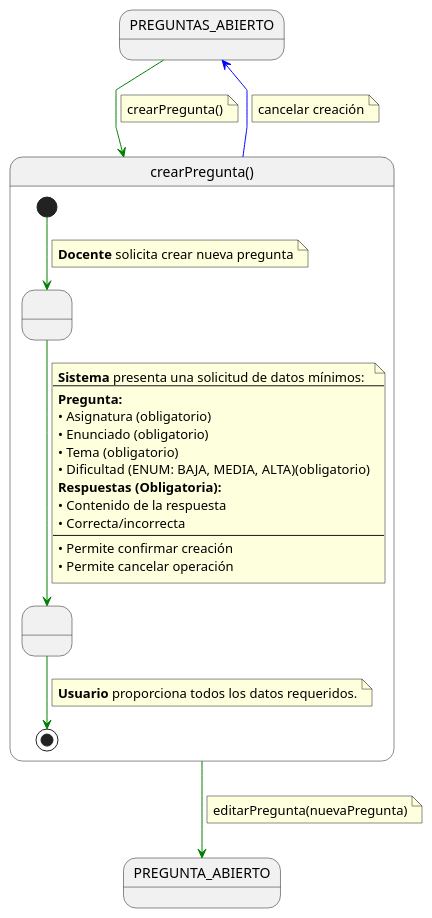
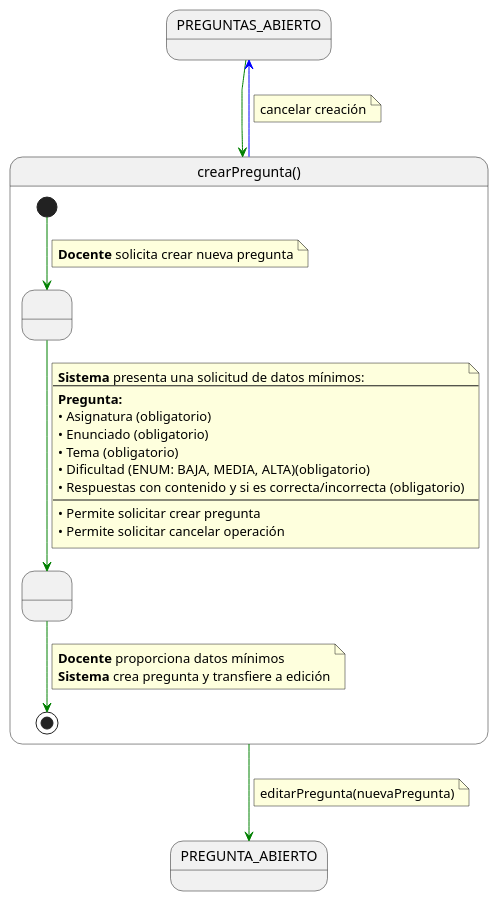
Before and after one commit to martinlopez7/25-26-IdSw1-SdR: the diagram in documents/casos-de-uso/detalladoCasosDeUso/crearPregunta/crearPregunta.puml, drawn with PlantUML. The commit also changed 13 other files, not shown here.

Commit message:
fix(cu): Correción en los casos de uso [refs #55]

```diff
--- a/documents/casos-de-uso/detalladoCasosDeUso/crearPregunta/crearPregunta.puml
+++ b/documents/casos-de-uso/detalladoCasosDeUso/crearPregunta/crearPregunta.puml
@@ -1,62 +1,51 @@
 @startuml crearPregunta
 
 skinparam linetype polyline
 
-' 1. ESTADO PREVIO (Contexto de origen: Banco de Preguntas)
 state PREGUNTAS_ABIERTO
 
-' 2. TRANSICIÓN DE ENTRADA
 PREGUNTAS_ABIERTO -[#green]-> crearPregunta
-note on link
-crearPregunta()
-end note
 
-' 3. EL CASO DE USO (Caja negra detallada)
 state crearPregunta as "crearPregunta()" {
 
     state " " as SolicitandoDatosPregunta
     state " " as ProcesandoCreacion
 
     [*] -[#green]-> SolicitandoDatosPregunta 
     note on link
     <b>Docente</b> solicita crear nueva pregunta
     end note    
     
     SolicitandoDatosPregunta -[#green]-> ProcesandoCreacion
     note on link
     <b>Sistema</b> presenta una solicitud de datos mínimos:
     ---
     <b>Pregunta:</b>
     • Asignatura (obligatorio)
     • Enunciado (obligatorio)
     • Tema (obligatorio)
     • Dificultad (ENUM: BAJA, MEDIA, ALTA)(obligatorio)
-    <b>Respuestas (Obligatoria):</b>
-    • Contenido de la respuesta
-    • Correcta/incorrecta
+    • Respuestas con contenido y si es correcta/incorrecta (obligatorio)
     ---
-    • Permite confirmar creación
-    • Permite cancelar operación
+    • Permite solicitar crear pregunta
+    • Permite solicitar cancelar operación
     end note
     
     ProcesandoCreacion -[#green]-> [*]
     note on link
-    <b>Usuario</b> proporciona todos los datos requeridos.
+    <b>Docente</b> proporciona datos mínimos
+    <b>Sistema</b> crea pregunta y transfiere a edición
     end note
 }
 
-' 4. SALIDAS DEL CASO DE USO
-
-' Flujo Exitoso: Va al detalle para seguir editando (añadir más respuestas, imágenes, etc.)
 crearPregunta -[#green]-> PREGUNTA_ABIERTO
 note on link
 editarPregunta(nuevaPregunta)
 end note
 
-' Flujo Alternativo: Cancela y vuelve al banco de preguntas
 crearPregunta -[#blue]-> PREGUNTAS_ABIERTO
 note on link
 cancelar creación
 end note
 
 @enduml
```
